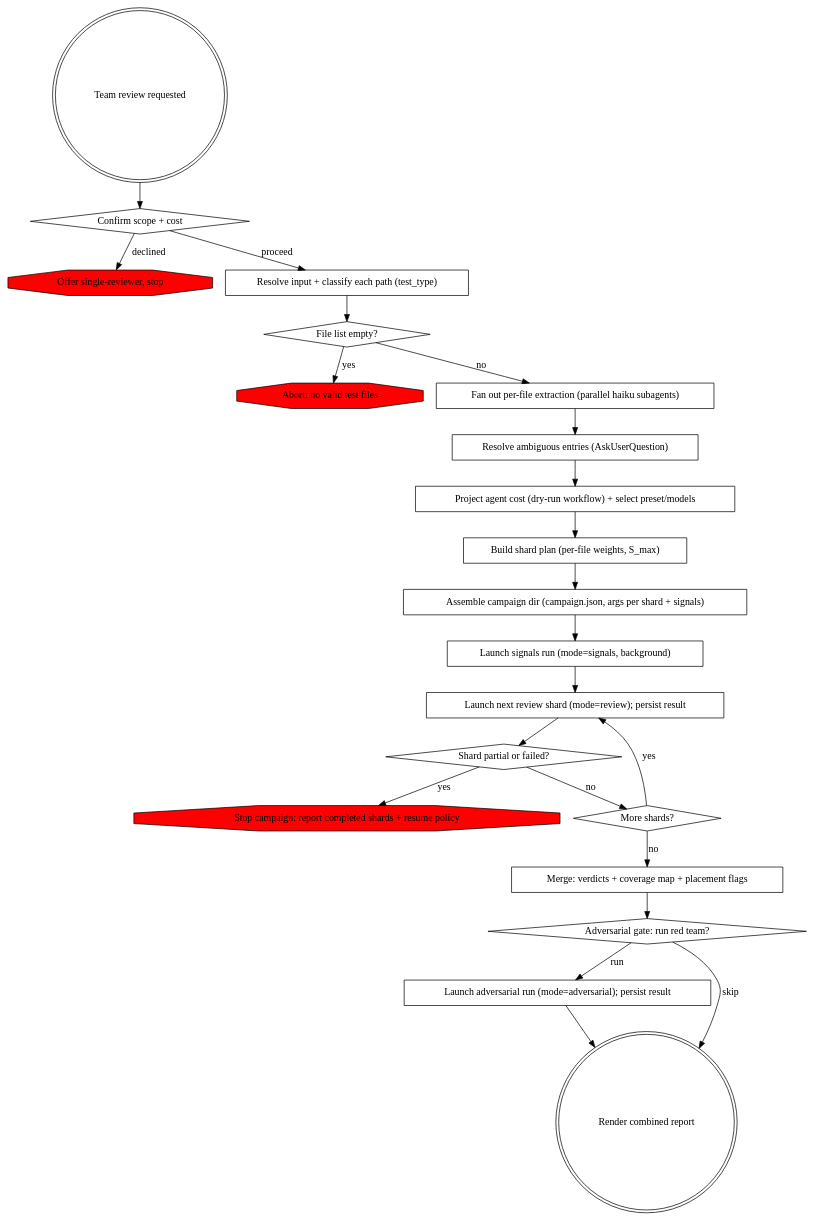
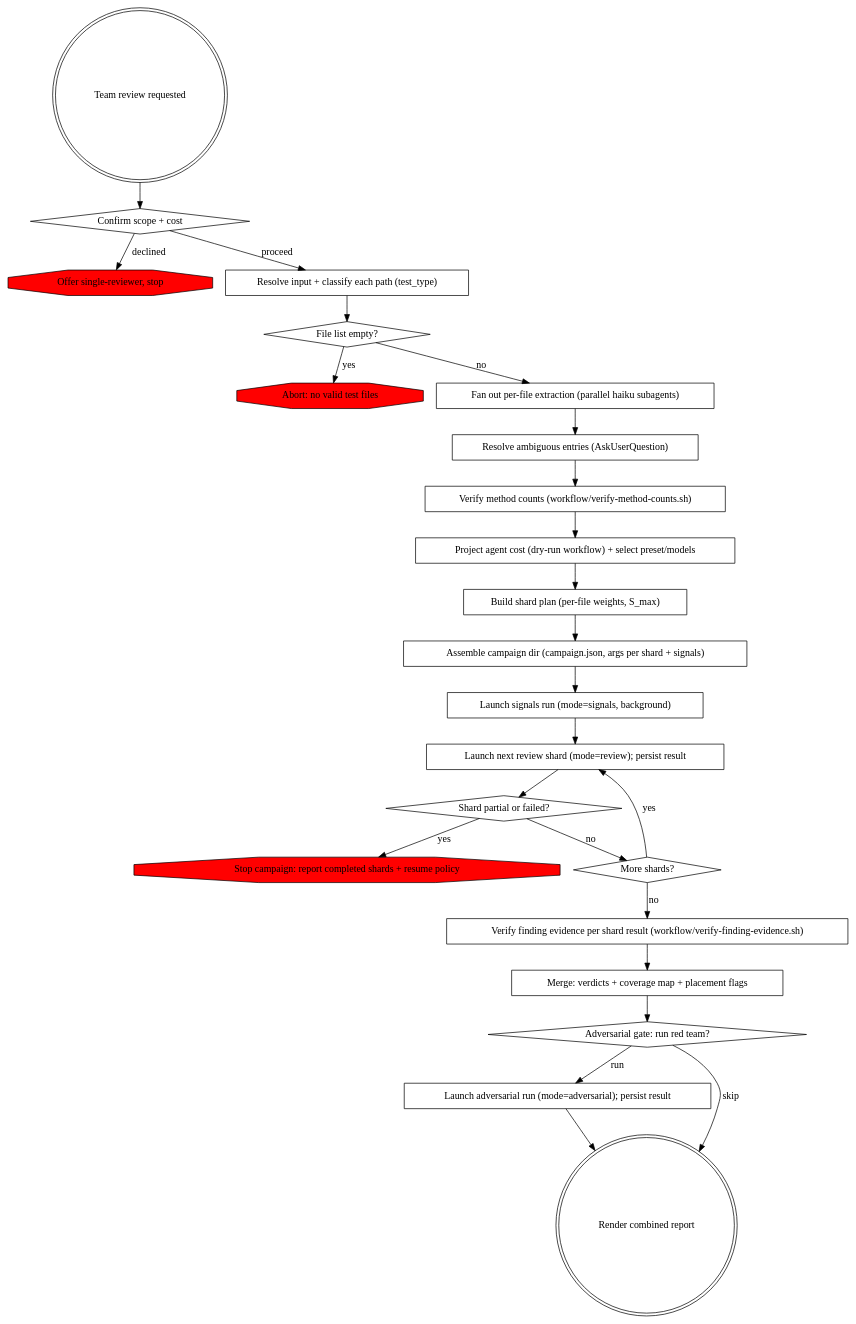
One commit to shopwareLabs/ai-coding-tools changed the diagram in plugins/test-writing/skills/phpunit-test-team-reviewing/SKILL.md. Above: the diagram before and after it, drawn with Graphviz. The commit also changed other lines of this file and 23 other files, not shown here.

````diff
--- a/plugins/test-writing/skills/phpunit-test-team-reviewing/SKILL.md
+++ b/plugins/test-writing/skills/phpunit-test-team-reviewing/SKILL.md
@@ -12,46 +12,50 @@
 ```dot
 digraph team_review {
   "Team review requested" [shape=doublecircle];
   "Confirm scope + cost" [shape=diamond];
   "Offer single-reviewer, stop" [shape=octagon, style=filled, fillcolor=red];
   "Resolve input + classify each path (test_type)" [shape=box];
   "File list empty?" [shape=diamond];
   "Abort: no valid test files" [shape=octagon, style=filled, fillcolor=red];
   "Fan out per-file extraction (parallel haiku subagents)" [shape=box];
   "Resolve ambiguous entries (AskUserQuestion)" [shape=box];
+  "Verify method counts (workflow/verify-method-counts.sh)" [shape=box];
   "Project agent cost (dry-run workflow) + select preset/models" [shape=box];
   "Build shard plan (per-file weights, S_max)" [shape=box];
   "Assemble campaign dir (campaign.json, args per shard + signals)" [shape=box];
   "Launch signals run (mode=signals, background)" [shape=box];
   "Launch next review shard (mode=review); persist result" [shape=box];
   "Shard partial or failed?" [shape=diamond];
   "Stop campaign: report completed shards + resume policy" [shape=octagon, style=filled, fillcolor=red];
   "More shards?" [shape=diamond];
+  "Verify finding evidence per shard result (workflow/verify-finding-evidence.sh)" [shape=box];
   "Merge: verdicts + coverage map + placement flags" [shape=box];
   "Adversarial gate: run red team?" [shape=diamond];
   "Launch adversarial run (mode=adversarial); persist result" [shape=box];
   "Render combined report" [shape=doublecircle];
 
   "Team review requested" -> "Confirm scope + cost";
   "Confirm scope + cost" -> "Offer single-reviewer, stop" [label="declined"];
   "Confirm scope + cost" -> "Resolve input + classify each path (test_type)" [label="proceed"];
   "Resolve input + classify each path (test_type)" -> "File list empty?";
   "File list empty?" -> "Abort: no valid test files" [label="yes"];
   "File list empty?" -> "Fan out per-file extraction (parallel haiku subagents)" [label="no"];
   "Fan out per-file extraction (parallel haiku subagents)" -> "Resolve ambiguous entries (AskUserQuestion)";
-  "Resolve ambiguous entries (AskUserQuestion)" -> "Project agent cost (dry-run workflow) + select preset/models";
+  "Resolve ambiguous entries (AskUserQuestion)" -> "Verify method counts (workflow/verify-method-counts.sh)";
+  "Verify method counts (workflow/verify-method-counts.sh)" -> "Project agent cost (dry-run workflow) + select preset/models";
   "Project agent cost (dry-run workflow) + select preset/models" -> "Build shard plan (per-file weights, S_max)";
   "Build shard plan (per-file weights, S_max)" -> "Assemble campaign dir (campaign.json, args per shard + signals)";
   "Assemble campaign dir (campaign.json, args per shard + signals)" -> "Launch signals run (mode=signals, background)";
   "Launch signals run (mode=signals, background)" -> "Launch next review shard (mode=review); persist result";
   "Launch next review shard (mode=review); persist result" -> "Shard partial or failed?";
   "Shard partial or failed?" -> "Stop campaign: report completed shards + resume policy" [label="yes"];
   "Shard partial or failed?" -> "More shards?" [label="no"];
   "More shards?" -> "Launch next review shard (mode=review); persist result" [label="yes"];
-  "More shards?" -> "Merge: verdicts + coverage map + placement flags" [label="no"];
+  "More shards?" -> "Verify finding evidence per shard result (workflow/verify-finding-evidence.sh)" [label="no"];
+  "Verify finding evidence per shard result (workflow/verify-finding-evidence.sh)" -> "Merge: verdicts + coverage map + placement flags";
   "Merge: verdicts + coverage map + placement flags" -> "Adversarial gate: run red team?";
   "Adversarial gate: run red team?" -> "Launch adversarial run (mode=adversarial); persist result" [label="run"];
   "Adversarial gate: run red team?" -> "Render combined report" [label="skip"];
   "Launch adversarial run (mode=adversarial); persist result" -> "Render combined report";
 }
 ```
````
